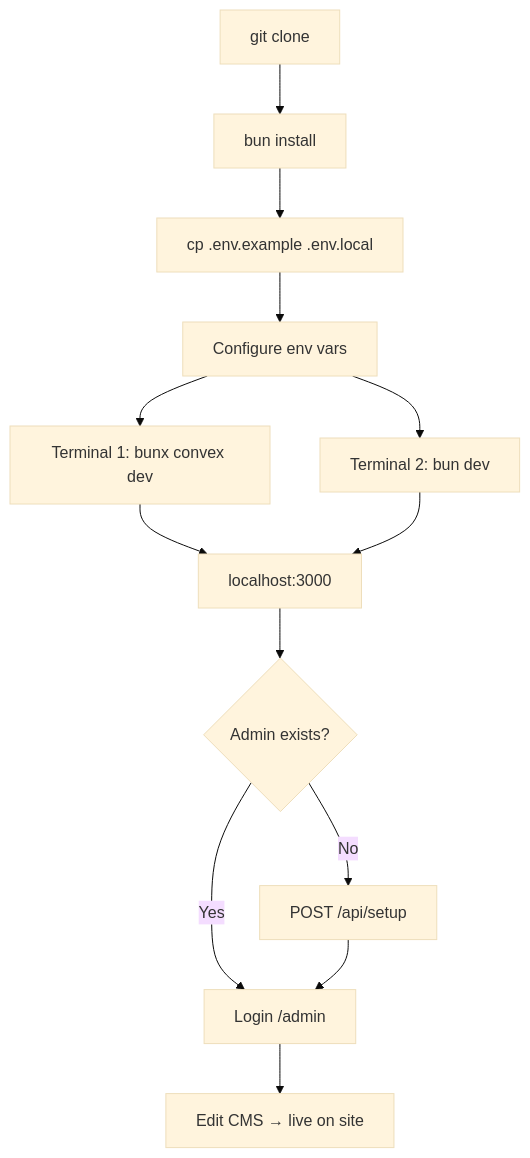
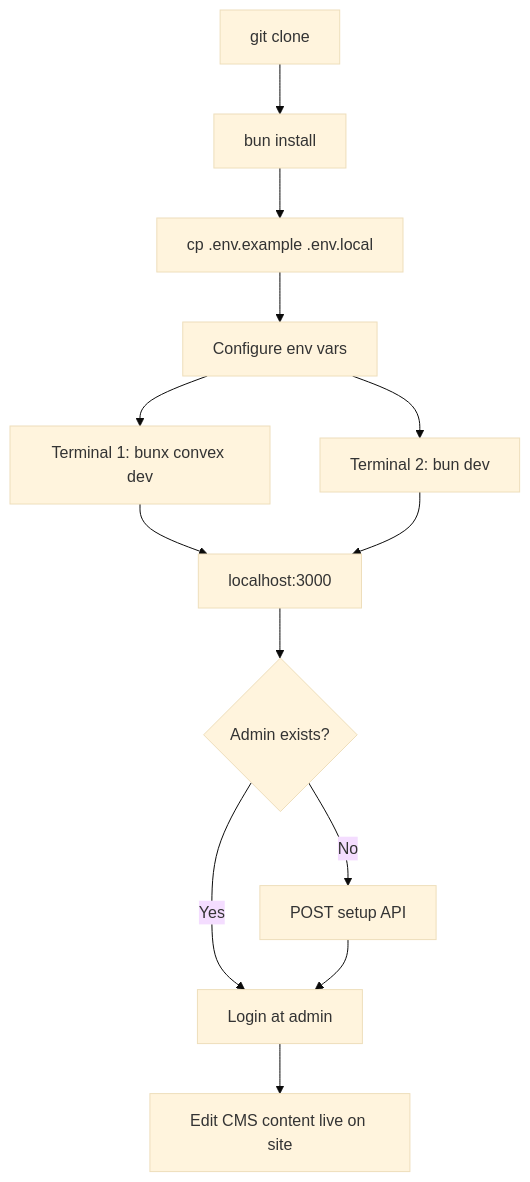
The tenth of 15 diagrams in README.md (mawlid1431/Portfolio), drawn with Mermaid (base theme) before and after one commit. The commit also changed other lines of this file, not shown here.

````diff
--- a/README.md
+++ b/README.md
@@ -467,14 +485,15 @@
 ```mermaid
 flowchart TD
   A["git clone"] --> B["bun install"]
   B --> C["cp .env.example .env.local"]
   C --> D["Configure env vars"]
   D --> E["Terminal 1: bunx convex dev"]
   D --> F["Terminal 2: bun dev"]
-  E & F --> G["localhost:3000"]
+  E --> G["localhost:3000"]
+  F --> G
   G --> H{"Admin exists?"}
-  H -->|No| I["POST /api/setup"]
-  H -->|Yes| J["Login /admin"]
+  H -->|No| I["POST setup API"]
+  H -->|Yes| J["Login at admin"]
   I --> J
-  J --> K["Edit CMS → live on site"]
+  J --> K["Edit CMS content live on site"]
 ```
````
